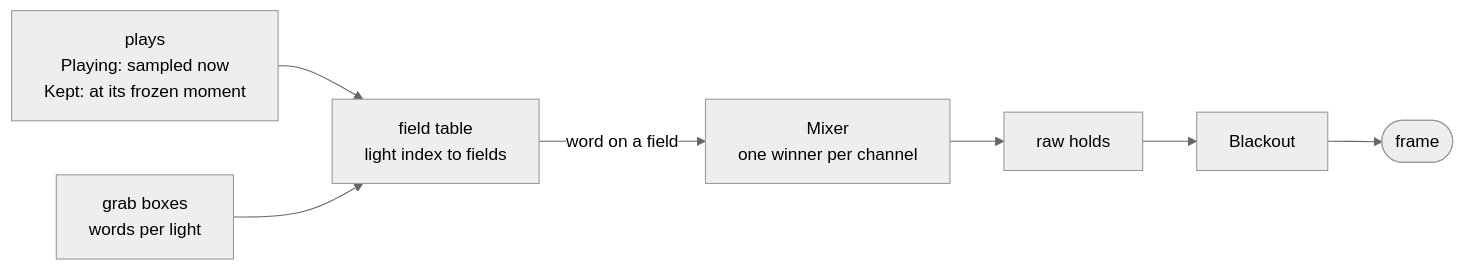
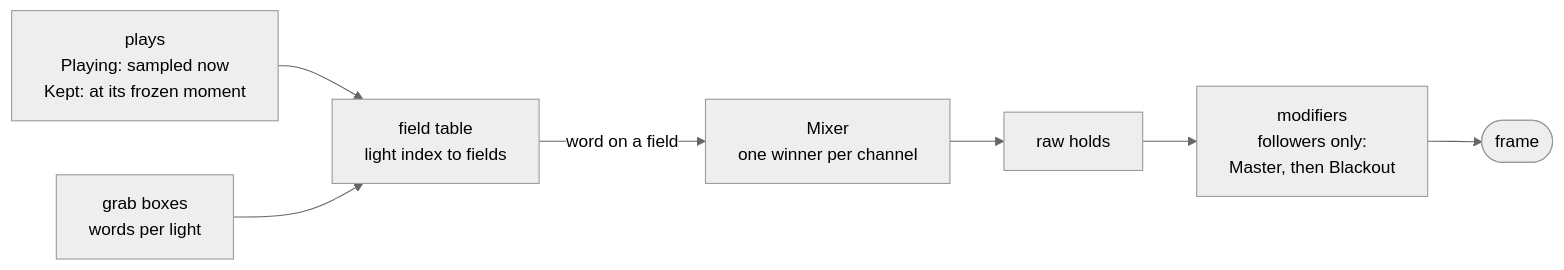
The fourth of 7 diagrams in docs/engine.md (abossard/bossylights), drawn with Mermaid (neutral theme) before and after one commit. The commit also changed other lines of this file and 24 other files, not shown here.

````diff
--- a/docs/engine.md
+++ b/docs/engine.md
@@ -249,6 +249,6 @@
 ```mermaid
 flowchart LR
   P["plays<br/>Playing: sampled now<br/>Kept: at its frozen moment"] --> FT["field table<br/>light index to fields"]
   G["grab boxes<br/>words per light"] --> FT
-  FT -- "word on a field" --> M["Mixer<br/>one winner per channel"] --> R["raw holds"] --> B["Blackout"] --> F(["frame"])
+  FT -- "word on a field" --> M["Mixer<br/>one winner per channel"] --> R["raw holds"] --> B["modifiers<br/>followers only:<br/>Master, then Blackout"] --> F(["frame"])
 ```
````
